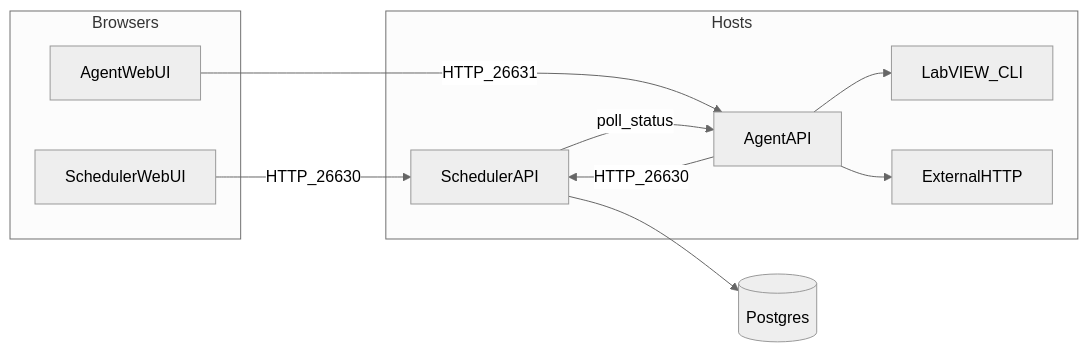
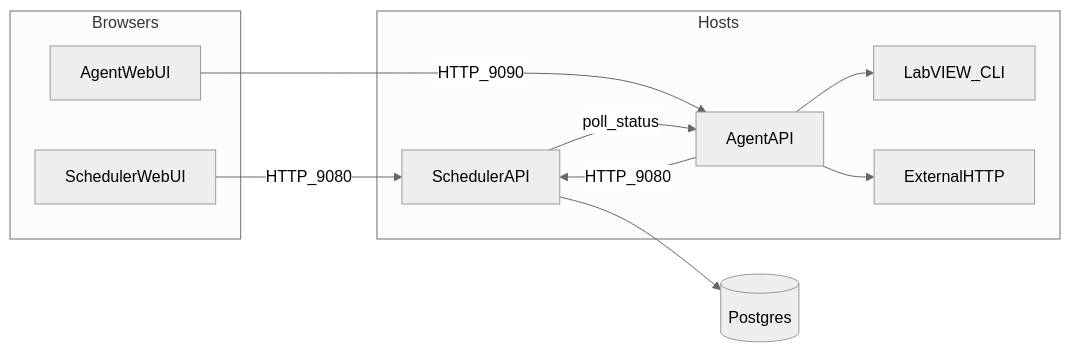
The first of 8 diagrams in docs/api.md (zhongbinyang/Atlas), drawn with Mermaid (neutral theme) before and after one commit. The commit also changed other lines of this file and 2 other files, not shown here.

````diff
--- a/docs/api.md
+++ b/docs/api.md
@@ -31,22 +31,22 @@
 ```mermaid
 flowchart LR
   subgraph browsers [Browsers]
     SW[SchedulerWebUI]
     AW[AgentWebUI]
   end
   subgraph hosts [Hosts]
     SA[SchedulerAPI]
     AA[AgentAPI]
     CLI[LabVIEW_CLI]
     EXT[ExternalHTTP]
   end
   DB[(Postgres)]
 
-  SW -->|HTTP_26630| SA
-  AW -->|HTTP_26631| AA
-  AA -->|HTTP_26630| SA
+  SW -->|HTTP_9080| SA
+  AW -->|HTTP_9090| AA
+  AA -->|HTTP_9080| SA
   SA --> DB
   SA -->|poll_status| AA
   AA --> CLI
   AA --> EXT
 ```
````
